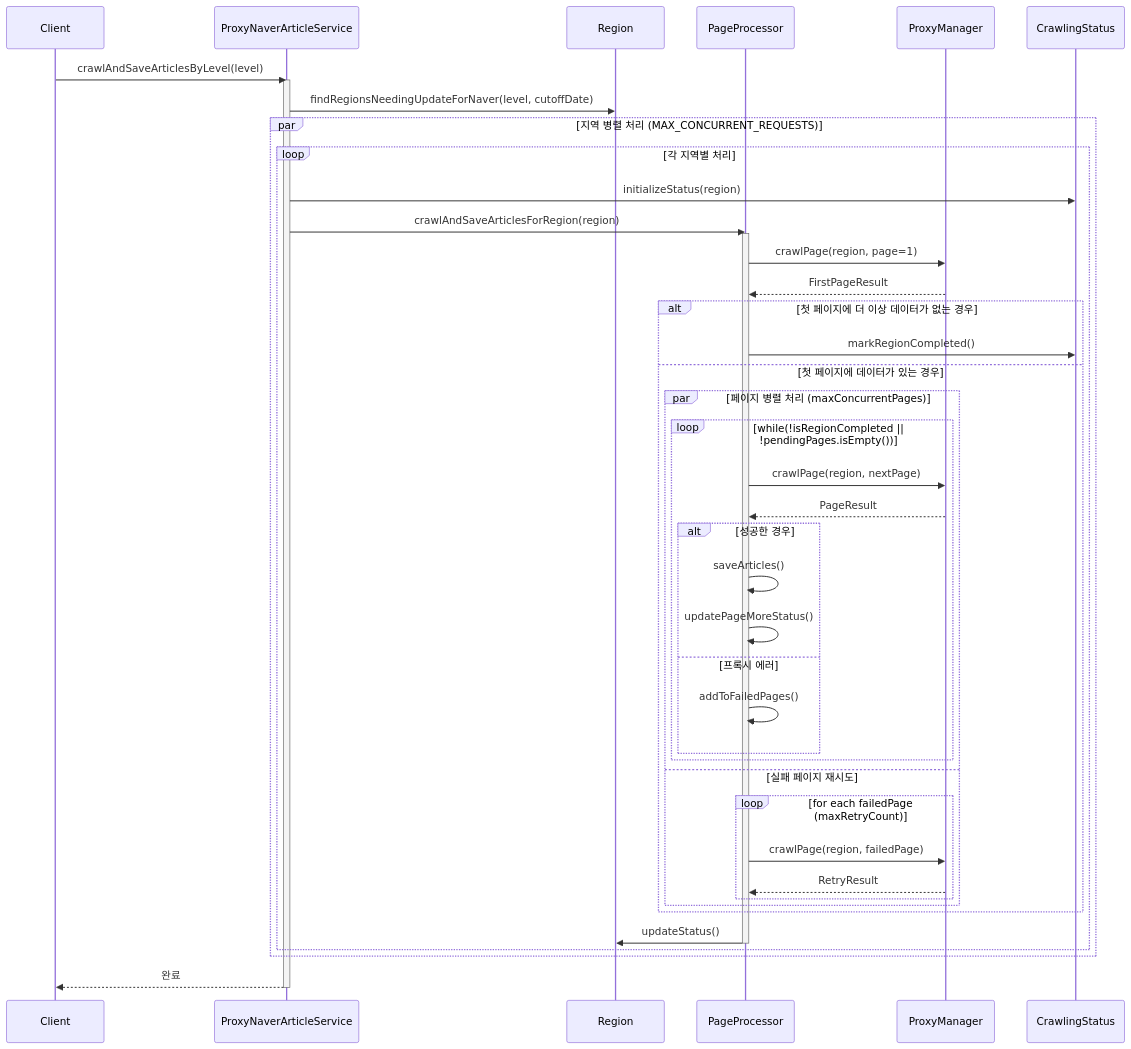
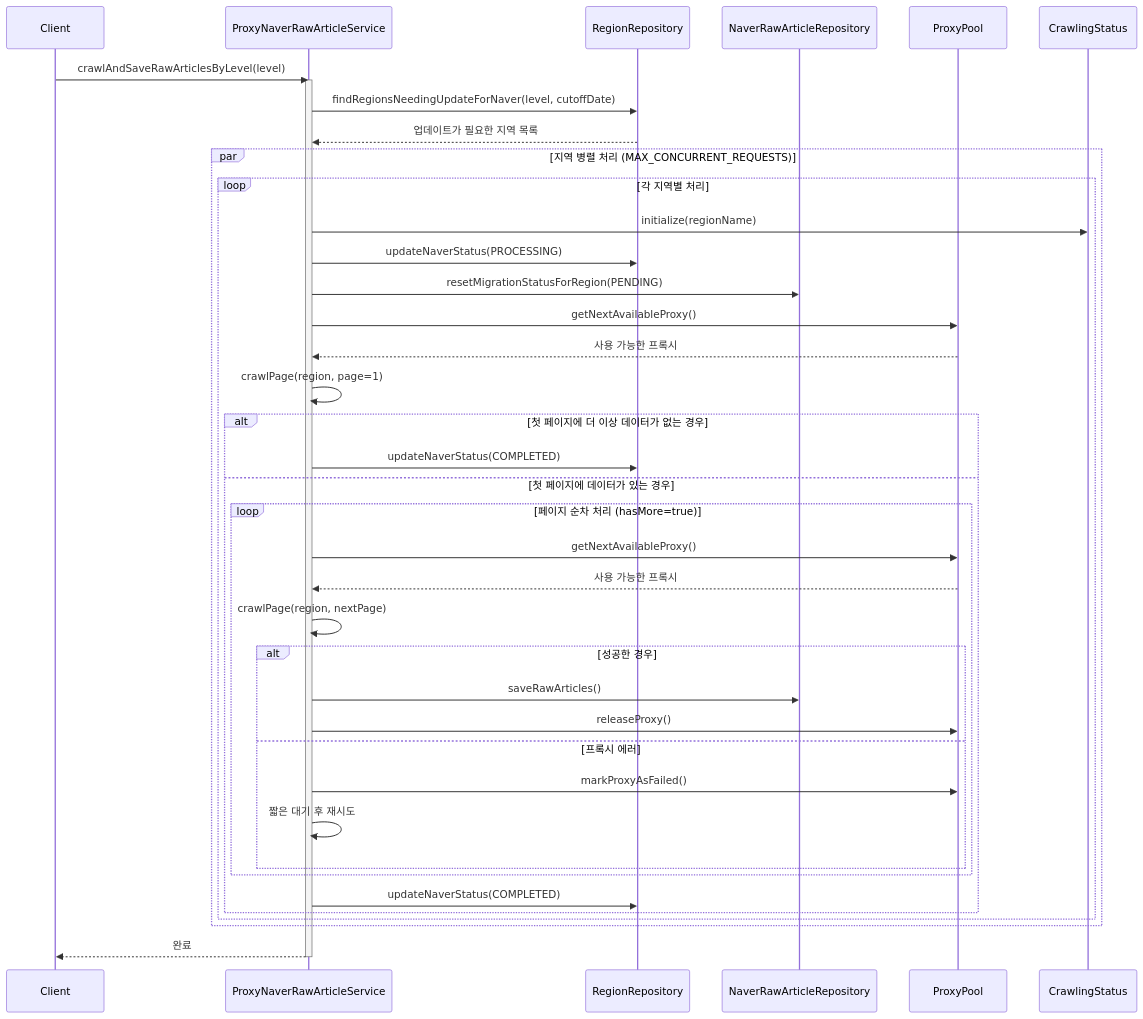
The diagram in docs/diagrams/proxy-article-service-flow.md (julia98percent/zipline-be), drawn with Mermaid before and after one commit. The commit also changed other lines of this file, not shown here.

````diff
--- a/docs/diagrams/proxy-article-service-flow.md
+++ b/docs/diagrams/proxy-article-service-flow.md
@@ -9,54 +7,53 @@
 ```mermaid
 sequenceDiagram
     participant Client
-    participant ProxyNaverArticleService
-    participant Region
-    participant PageProcessor
-    participant ProxyManager
+    participant ProxyNaverRawArticleService
+    participant RegionRepository
+    participant NaverRawArticleRepository
+    participant ProxyPool
     participant CrawlingStatus
 
-    Client->>ProxyNaverArticleService: crawlAndSaveArticlesByLevel(level)
-    activate ProxyNaverArticleService
-    
-    ProxyNaverArticleService->>Region: findRegionsNeedingUpdateForNaver(level, cutoffDate)
-    
+    Client->>ProxyNaverRawArticleService: crawlAndSaveRawArticlesByLevel(level)
+    activate ProxyNaverRawArticleService
+
+    ProxyNaverRawArticleService->>RegionRepository: findRegionsNeedingUpdateForNaver(level, cutoffDate)
+    RegionRepository-->>ProxyNaverRawArticleService: 업데이트가 필요한 지역 목록
+
     par 지역 병렬 처리 (MAX_CONCURRENT_REQUESTS)
         loop 각 지역별 처리
-            ProxyNaverArticleService->>CrawlingStatus: initializeStatus(region)
-            ProxyNaverArticleService->>PageProcessor: crawlAndSaveArticlesForRegion(region)
-            activate PageProcessor
-            
-            PageProcessor->>ProxyManager: crawlPage(region, page=1)
-            ProxyManager-->>PageProcessor: FirstPageResult
-            
+            ProxyNaverRawArticleService->>CrawlingStatus: initialize(regionName)
+            ProxyNaverRawArticleService->>RegionRepository: updateNaverStatus(PROCESSING)
+
+            ProxyNaverRawArticleService->>NaverRawArticleRepository: resetMigrationStatusForRegion(PENDING)
+
+            ProxyNaverRawArticleService->>ProxyPool: getNextAvailableProxy()
+            ProxyPool-->>ProxyNaverRawArticleService: 사용 가능한 프록시
+
+            ProxyNaverRawArticleService->>ProxyNaverRawArticleService: crawlPage(region, page=1)
+
             alt 첫 페이지에 더 이상 데이터가 없는 경우
-                PageProcessor->>CrawlingStatus: markRegionCompleted()
+                ProxyNaverRawArticleService->>RegionRepository: updateNaverStatus(COMPLETED)
             else 첫 페이지에 데이터가 있는 경우
-                par 페이지 병렬 처리 (maxConcurrentPages)
-                    loop while(!isRegionCompleted || !pendingPages.isEmpty())
-                        PageProcessor->>ProxyManager: crawlPage(region, nextPage)
-                        ProxyManager-->>PageProcessor: PageResult
-                        
-                        alt 성공한 경우
-                            PageProcessor->>PageProcessor: saveArticles()
-                            PageProcessor->>PageProcessor: updatePageMoreStatus()
-                        else 프록시 에러
-                            PageProcessor->>PageProcessor: addToFailedPages()
-                        end
-                    end
-                and 실패 페이지 재시도
-                    loop for each failedPage (maxRetryCount)
-                        PageProcessor->>ProxyManager: crawlPage(region, failedPage)
-                        ProxyManager-->>PageProcessor: RetryResult
+                loop 페이지 순차 처리 (hasMore=true)
+                    ProxyNaverRawArticleService->>ProxyPool: getNextAvailableProxy()
+                    ProxyPool-->>ProxyNaverRawArticleService: 사용 가능한 프록시
+
+                    ProxyNaverRawArticleService->>ProxyNaverRawArticleService: crawlPage(region, nextPage)
+
+                    alt 성공한 경우
+                        ProxyNaverRawArticleService->>NaverRawArticleRepository: saveRawArticles()
+                        ProxyNaverRawArticleService->>ProxyPool: releaseProxy()
+                    else 프록시 에러
+                        ProxyNaverRawArticleService->>ProxyPool: markProxyAsFailed()
+                        ProxyNaverRawArticleService->>ProxyNaverRawArticleService: 짧은 대기 후 재시도
                     end
                 end
+
+                ProxyNaverRawArticleService->>RegionRepository: updateNaverStatus(COMPLETED)
             end
-            
-            PageProcessor->>Region: updateStatus()
-            deactivate PageProcessor
         end
     end
-    
-    ProxyNaverArticleService-->>Client: 완료
-    deactivate ProxyNaverArticleService
+
+    ProxyNaverRawArticleService-->>Client: 완료
+    deactivate ProxyNaverRawArticleService
 ```
````
